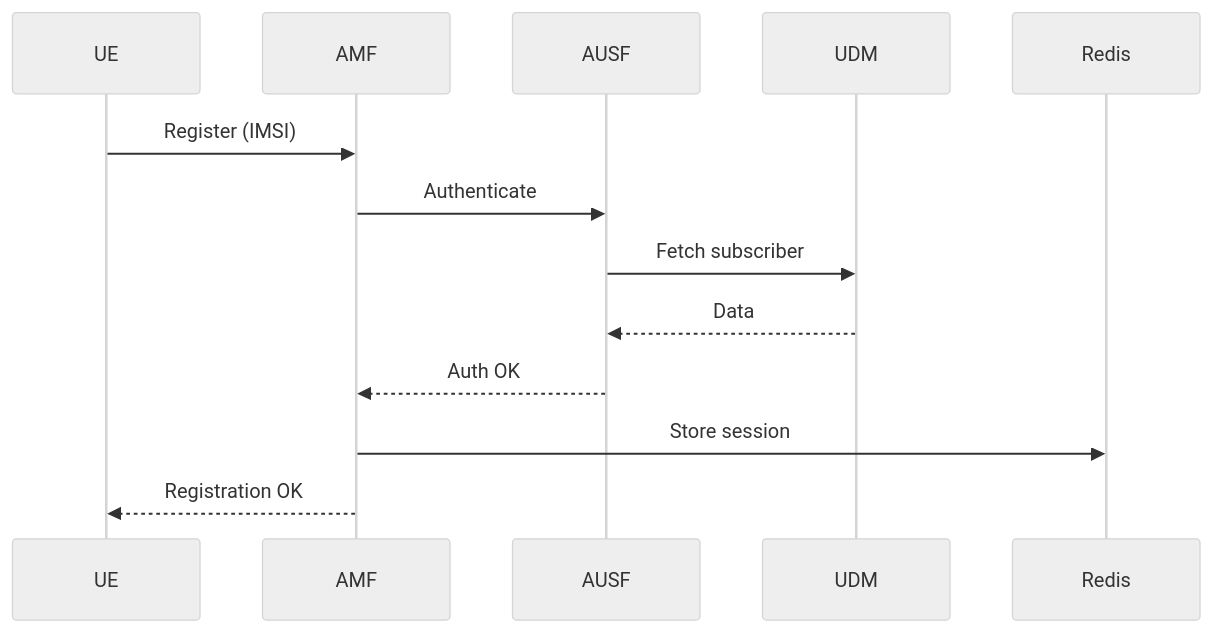
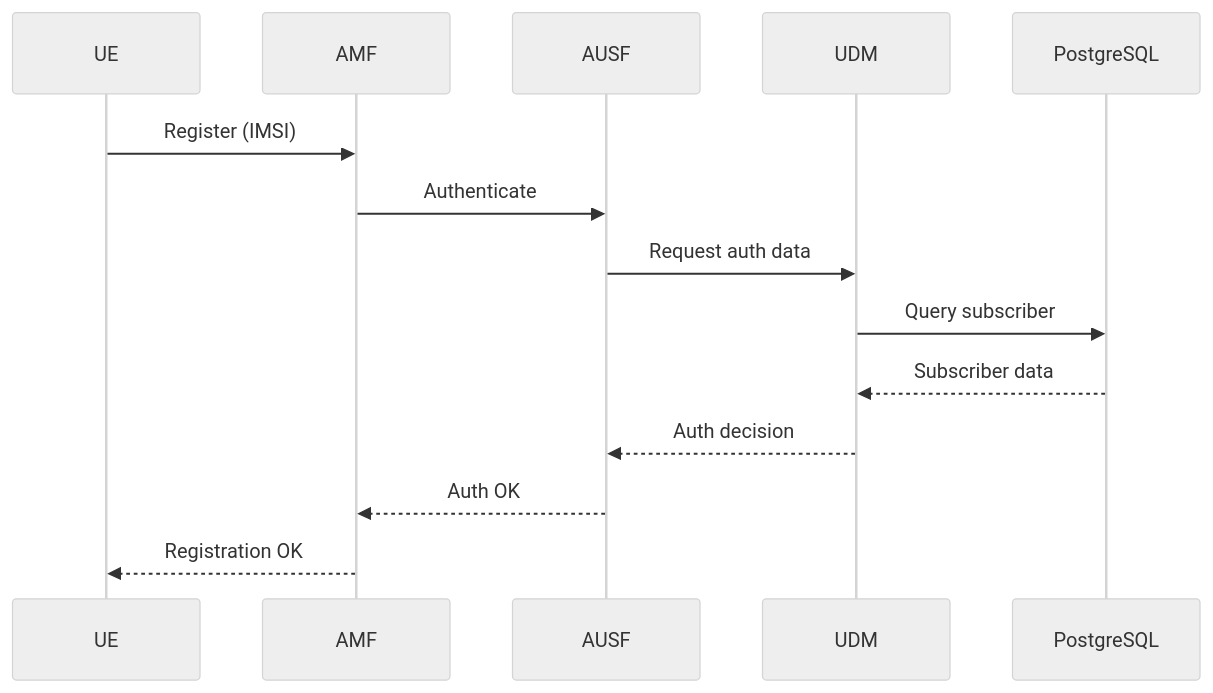
One commit to marijan-madunic/telecom-lab changed the second of 3 diagrams in README.md. Above: the diagram before and after it, drawn with Mermaid (neutral theme). The commit also changed other lines of this file, not shown here.

Commit message:
Enhance README with PostgreSQL integration and updated 5G control-plane flows

````diff
--- a/README.md
+++ b/README.md
@@ -78,18 +103,19 @@
 ```mermaid
 sequenceDiagram
 
     participant UE
     participant AMF
     participant AUSF
     participant UDM
-    participant Redis
+    participant DB as PostgreSQL
 
     UE->>AMF: Register (IMSI)
     AMF->>AUSF: Authenticate
-    AUSF->>UDM: Fetch subscriber
-    UDM-->>AUSF: Data
+    AUSF->>UDM: Request auth data
+    UDM->>DB: Query subscriber
+    DB-->>UDM: Subscriber data
+    UDM-->>AUSF: Auth decision
     AUSF-->>AMF: Auth OK
 
-    AMF->>Redis: Store session
     AMF-->>UE: Registration OK
-```  
+```
````
